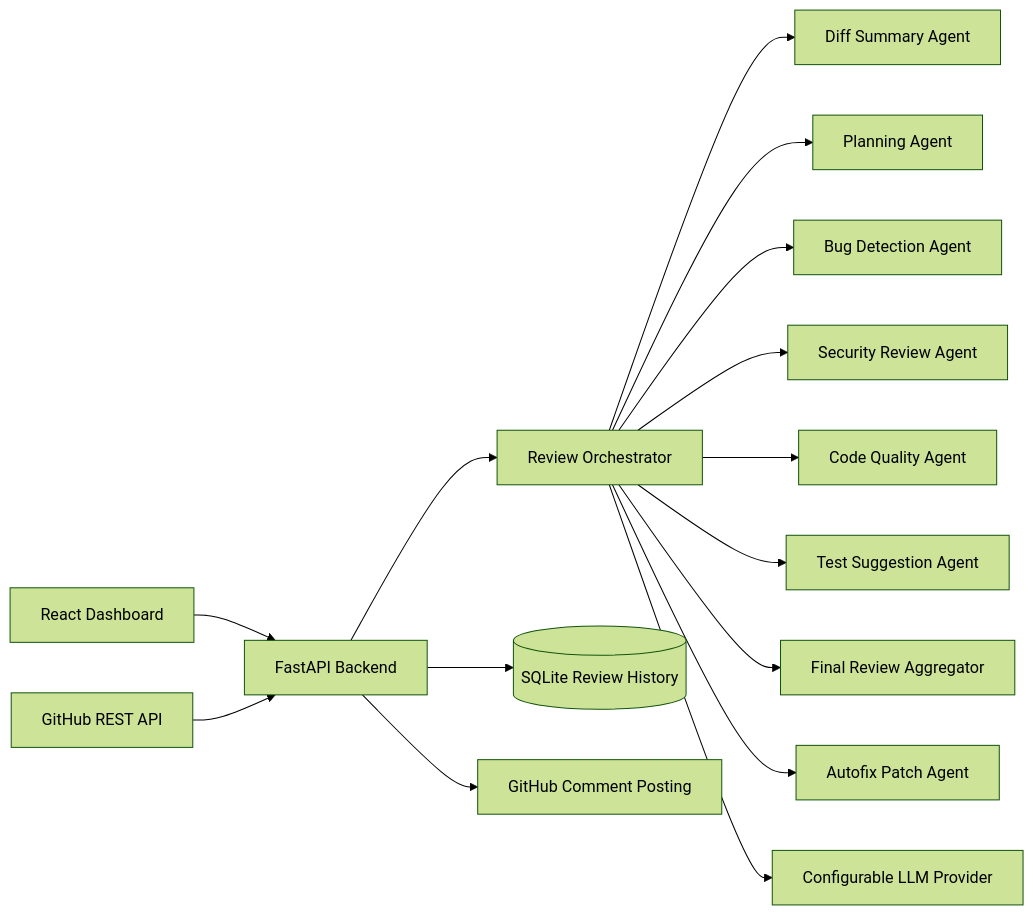
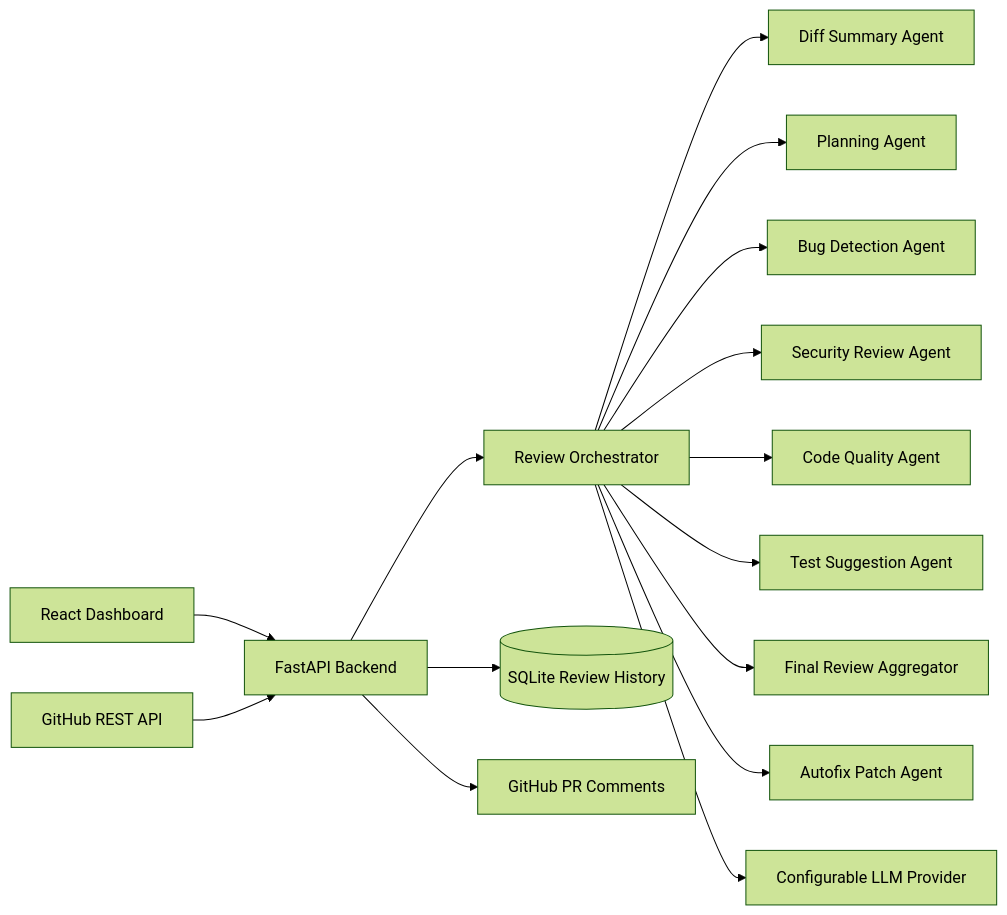
The diagram in README.md (Jatin29AFK/Agentic-AI-Code-Review-Bot), drawn with Mermaid (forest theme) before and after one commit. The commit also changed other lines of this file, not shown here.

Commit message:
Improve README for current UX and deployment flow

````diff
--- a/README.md
+++ b/README.md
@@ -83,17 +179,20 @@
 ```mermaid
 flowchart LR
     UI[React Dashboard] --> API[FastAPI Backend]
+
     GitHub[GitHub REST API] --> API
     API --> Orchestrator[Review Orchestrator]
+
     Orchestrator --> Summary[Diff Summary Agent]
     Orchestrator --> Planner[Planning Agent]
     Orchestrator --> Bug[Bug Detection Agent]
     Orchestrator --> Security[Security Review Agent]
     Orchestrator --> Quality[Code Quality Agent]
-    Orchestrator --> Test[Test Suggestion Agent]
+    Orchestrator --> Tests[Test Suggestion Agent]
     Orchestrator --> Aggregator[Final Review Aggregator]
     Orchestrator --> Autofix[Autofix Patch Agent]
+
     Orchestrator --> LLM[Configurable LLM Provider]
     API --> DB[(SQLite Review History)]
-    API --> Comments[GitHub Comment Posting]
+    API --> Comments[GitHub PR Comments]
 ```
````
